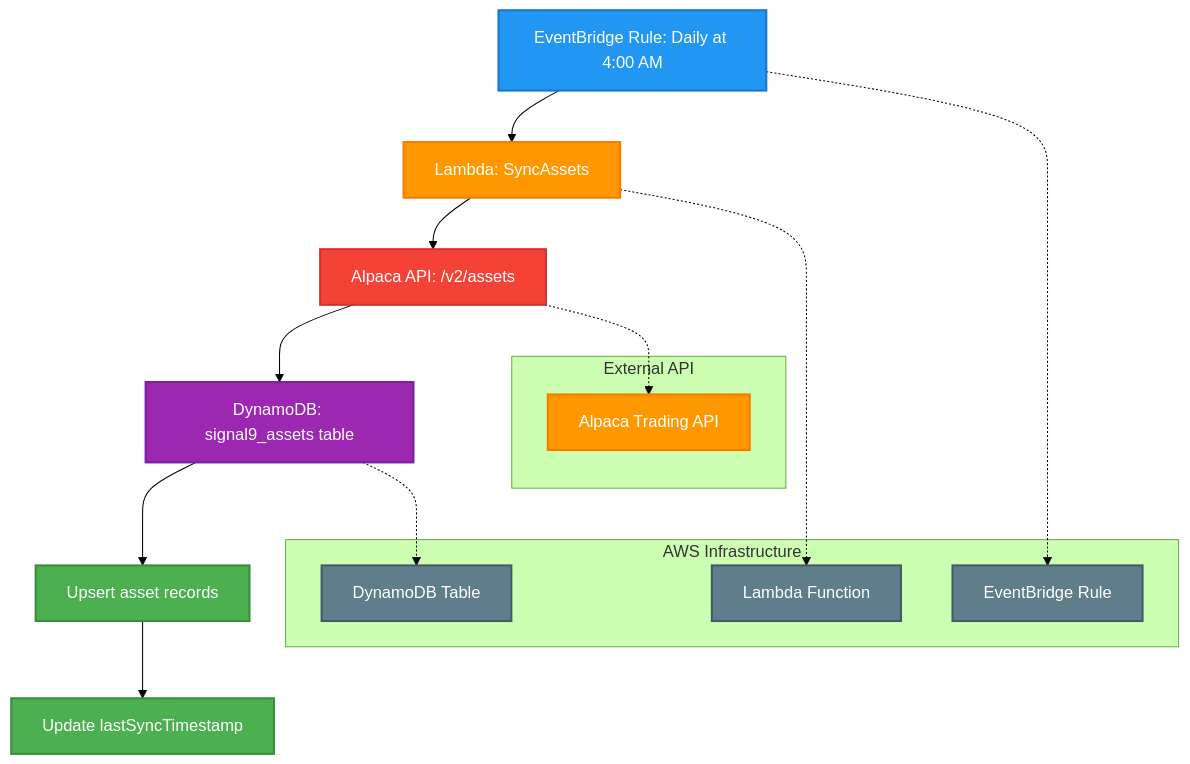
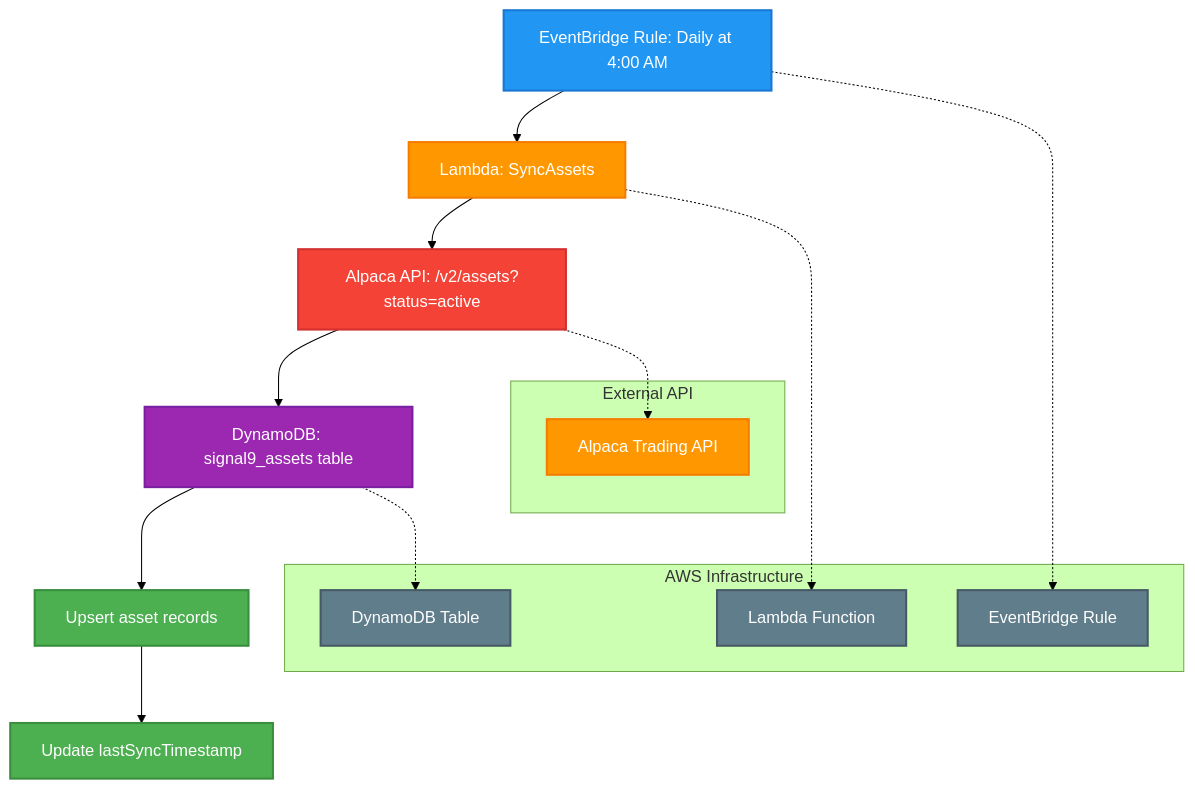
The diagram in ai/brainstorm/diagrams/crons/DailySyncAssets.md (alto9/signal9-advisor), drawn with Mermaid (forest theme) before and after one commit. The commit also changed other lines of this file and 4 other files, not shown here.

````diff
--- a/ai/brainstorm/diagrams/crons/DailySyncAssets.md
+++ b/ai/brainstorm/diagrams/crons/DailySyncAssets.md
@@ -5,37 +5,37 @@
 ```mermaid
 flowchart TD
     A[EventBridge Rule: Daily at 4:00 AM] --> B[Lambda: SyncAssets]
-    B --> C[Alpaca API: /v2/assets]
+    B --> C[Alpaca API: /v2/assets?status=active]
     C --> D[DynamoDB: signal9_assets table]
     D --> E[Upsert asset records]
     E --> F[Update lastSyncTimestamp]
     
     %% AWS Resources
     subgraph "AWS Infrastructure"
         G[EventBridge Rule]
         H[Lambda Function]
         I[DynamoDB Table]
     end
     
     %% External API
     subgraph "External API"
         J[Alpaca Trading API]
     end
     
     %% Connections
     A -.-> G
     B -.-> H
     D -.-> I
     C -.-> J
     
     style A fill:#2196F3,stroke:#1976D2,stroke-width:2px,color:#ffffff
     style B fill:#FF9800,stroke:#F57C00,stroke-width:2px,color:#ffffff
     style C fill:#F44336,stroke:#D32F2F,stroke-width:2px,color:#ffffff
     style D fill:#9C27B0,stroke:#7B1FA2,stroke-width:2px,color:#ffffff
     style E fill:#4CAF50,stroke:#388E3C,stroke-width:2px,color:#ffffff
     style F fill:#4CAF50,stroke:#388E3C,stroke-width:2px,color:#ffffff
     style G fill:#607D8B,stroke:#455A64,stroke-width:2px,color:#ffffff
     style H fill:#607D8B,stroke:#455A64,stroke-width:2px,color:#ffffff
     style I fill:#607D8B,stroke:#455A64,stroke-width:2px,color:#ffffff
     style J fill:#FF9800,stroke:#F57C00,stroke-width:2px,color:#ffffff
 ```
````
